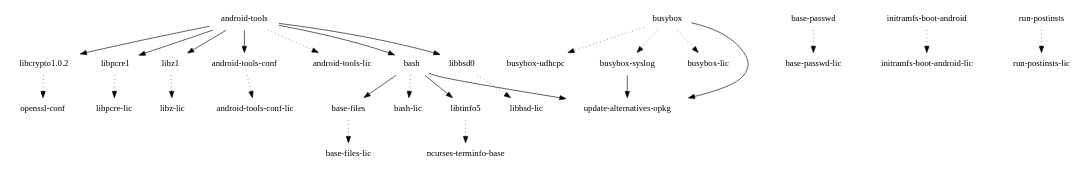
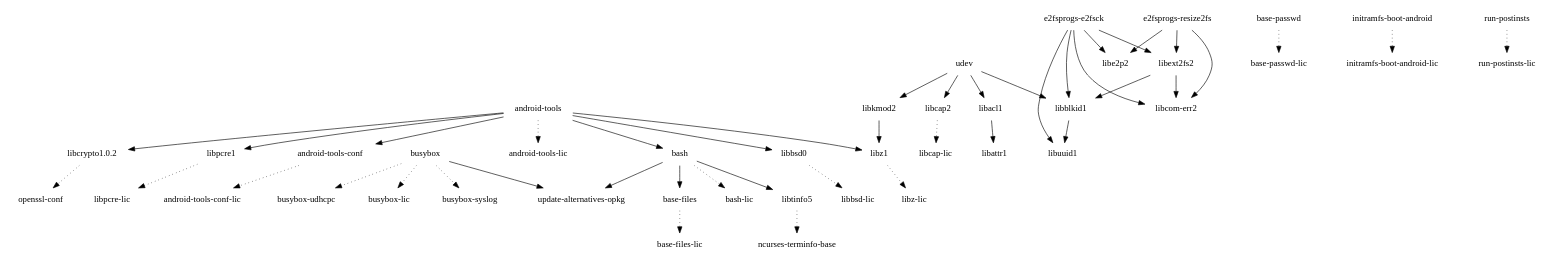
Before and after one commit to webOS-ports/buildhistory: the diagram in images/mako/glibc/initramfs-android-image/depends-nokernel-nolibc.dot, drawn with Graphviz. The commit also changed 11318 other files, not shown here.

```diff
--- a/images/mako/glibc/initramfs-android-image/depends-nokernel-nolibc.dot
+++ b/images/mako/glibc/initramfs-android-image/depends-nokernel-nolibc.dot
@@ -1,29 +1,46 @@
 digraph depends {
     node [shape=plaintext]
 "android-tools" -> "android-tools-conf"
 "android-tools" -> "android-tools-lic" [style=dotted]
 "android-tools" -> "bash"
 "android-tools-conf" -> "android-tools-conf-lic" [style=dotted]
 "android-tools" -> "libbsd0"
 "android-tools" -> "libcrypto1.0.2"
 "android-tools" -> "libpcre1"
 "android-tools" -> "libz1"
 "base-files" -> "base-files-lic" [style=dotted]
 "base-passwd" -> "base-passwd-lic" [style=dotted]
 "bash" -> "base-files"
 "bash" -> "bash-lic" [style=dotted]
 "bash" -> "libtinfo5"
 "bash" -> "update-alternatives-opkg"
 "busybox" -> "busybox-lic" [style=dotted]
 "busybox" -> "busybox-syslog" [style=dotted]
 "busybox" -> "busybox-udhcpc" [style=dotted]
-"busybox-syslog" -> "update-alternatives-opkg"
 "busybox" -> "update-alternatives-opkg"
+"e2fsprogs-e2fsck" -> "libblkid1"
+"e2fsprogs-e2fsck" -> "libcom-err2"
+"e2fsprogs-e2fsck" -> "libe2p2"
+"e2fsprogs-e2fsck" -> "libext2fs2"
+"e2fsprogs-e2fsck" -> "libuuid1"
+"e2fsprogs-resize2fs" -> "libcom-err2"
+"e2fsprogs-resize2fs" -> "libe2p2"
+"e2fsprogs-resize2fs" -> "libext2fs2"
 "initramfs-boot-android" -> "initramfs-boot-android-lic" [style=dotted]
+"libacl1" -> "libattr1"
+"libblkid1" -> "libuuid1"
 "libbsd0" -> "libbsd-lic" [style=dotted]
+"libcap2" -> "libcap-lic" [style=dotted]
 "libcrypto1.0.2" -> "openssl-conf" [style=dotted]
+"libext2fs2" -> "libblkid1"
+"libext2fs2" -> "libcom-err2"
+"libkmod2" -> "libz1"
 "libpcre1" -> "libpcre-lic" [style=dotted]
 "libtinfo5" -> "ncurses-terminfo-base" [style=dotted]
 "libz1" -> "libz-lic" [style=dotted]
 "run-postinsts" -> "run-postinsts-lic" [style=dotted]
+"udev" -> "libacl1"
+"udev" -> "libblkid1"
+"udev" -> "libcap2"
+"udev" -> "libkmod2"
 }
```
